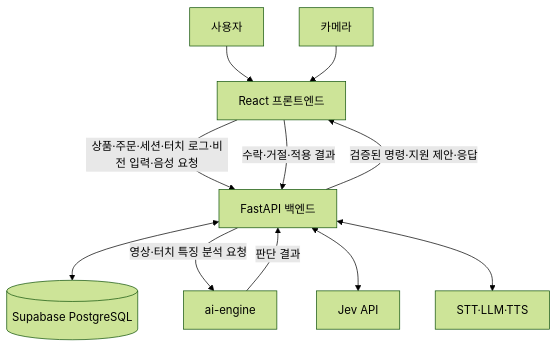
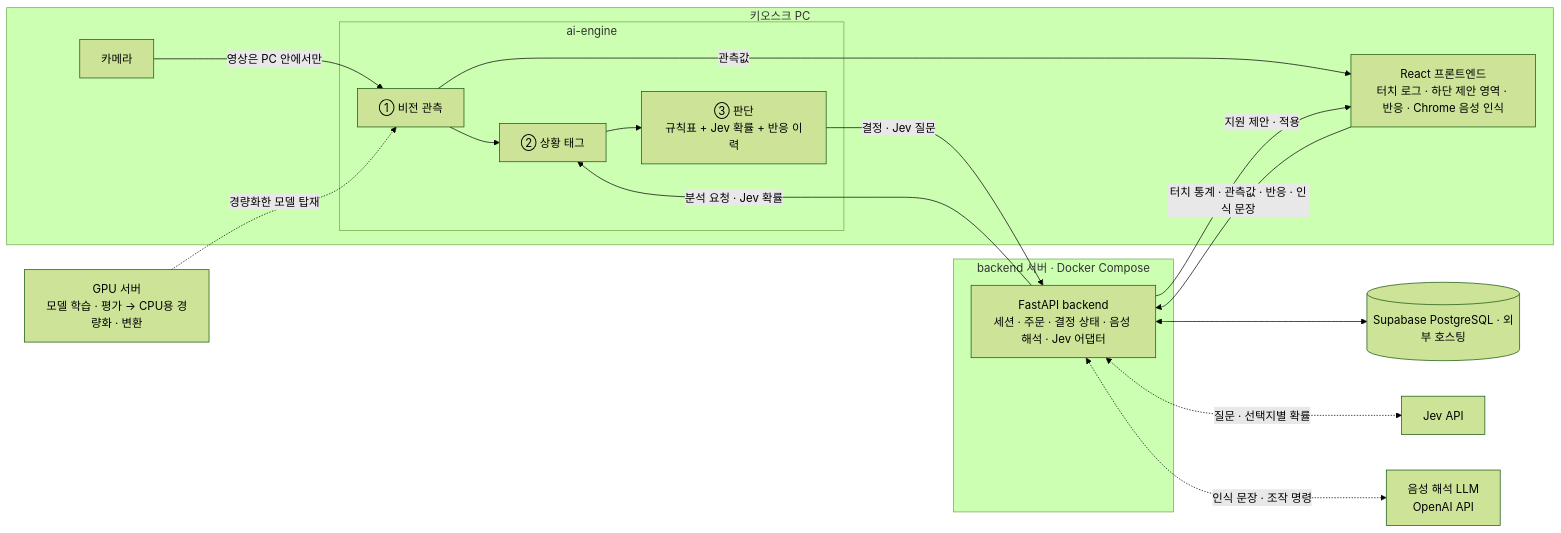
The diagram in README.md (knu-capstone-design-06/Capstone-design-project), drawn with Mermaid (forest theme) before and after one commit. The commit also changed other lines of this file and 2 other files, not shown here.

First line of the commit message:
docs: README 시스템 아키텍처를 ai-engine 설계안으로 갱신

````diff
--- a/README.md
+++ b/README.md
@@ -87,17 +91,23 @@
 ```mermaid
-flowchart TD
-    USER[사용자] --> FE[React 프론트엔드]
-    CAMERA[카메라] --> FE
-
-    FE -->|상품·주문·세션·터치 로그·비전 입력·음성 요청| BE[FastAPI 백엔드]
-
-    BE <--> DB[(Supabase PostgreSQL)]
-    BE -->|영상·터치 특징 분석 요청| AI[ai-engine]
-
-    BE <--> JEV[Jev API]
-    BE <--> VOICE[STT·LLM·TTS]
-
-    AI -->|판단 결과| BE
-    BE -->|검증된 명령·지원 제안·응답| FE
-    FE -->|수락·거절·적용 결과| BE
+flowchart LR
+    subgraph KIOSK[키오스크 PC]
+        CAM[카메라] -->|영상은 PC 안에서만| AI1
+        subgraph AI[ai-engine]
+            AI1[① 비전 관측] --> AI2[② 상황 태그] --> AI3[③ 판단<br/>규칙표 + Jev 확률 + 반응 이력]
+        end
+        FE[React 프론트엔드<br/>터치 로그 · 하단 제안 영역 · 반응 · Chrome 음성 인식]
+    end
+    subgraph SRV[backend 서버 · Docker Compose]
+        BE[FastAPI backend<br/>세션 · 주문 · 결정 상태 · 음성 해석 · Jev 어댑터]
+    end
+    DB[(Supabase PostgreSQL · 외부 호스팅)]
+    AI1 -->|관측값| FE
+    FE -->|터치 통계 · 관측값 · 반응 · 인식 문장| BE
+    BE -->|분석 요청 · Jev 확률| AI2
+    AI3 -->|결정 · Jev 질문| BE
+    BE -->|지원 제안 · 적용| FE
+    BE <--> DB
+    BE <-.->|질문 · 선택지별 확률| JEV[Jev API]
+    BE <-.->|인식 문장 · 조작 명령| LLM[음성 해석 LLM<br/>OpenAI API]
+    GPU[GPU 서버<br/>모델 학습 · 평가 → CPU용 경량화 · 변환] -.->|경량화한 모델 탑재| AI1
 ```
````
